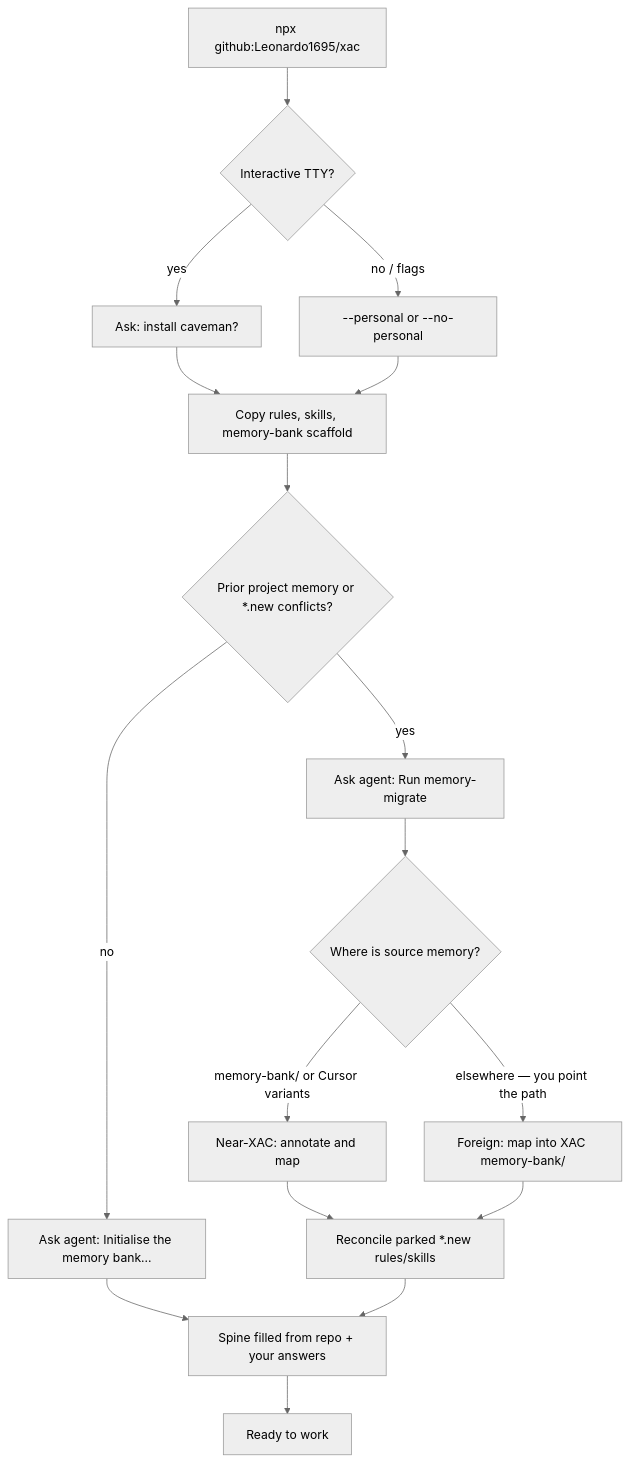
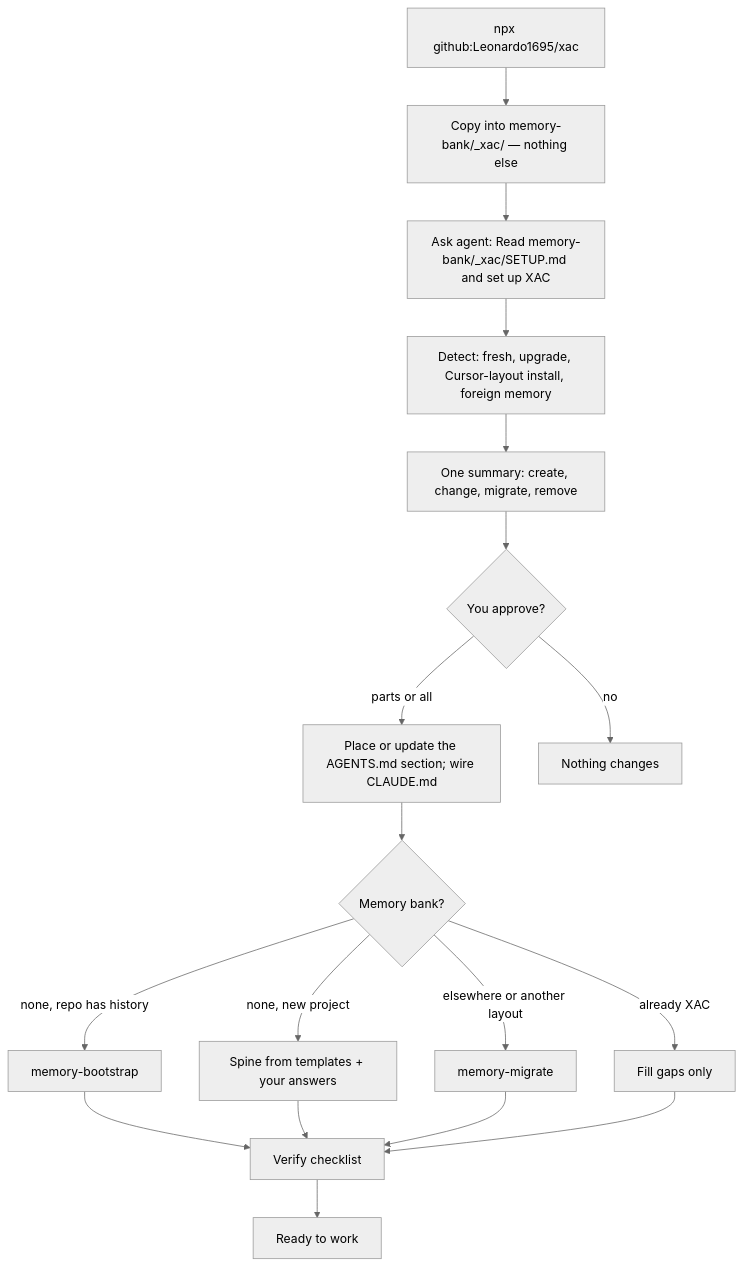
The first of 3 diagrams in README.md (Leonardo1695/xac), drawn with Mermaid (neutral theme) before and after one commit. The commit also changed other lines of this file and 76 other files, not shown here.

First line of the commit message:
move XAC into memory-bank/_xac/ and drive it from AGENTS.md

````diff
--- a/README.md
+++ b/README.md
@@ -119,19 +105,20 @@
 ```mermaid
 flowchart TD
-  A[npx github:Leonardo1695/xac] --> B{Interactive TTY?}
-  B -->|yes| C[Ask: install caveman?]
-  B -->|no / flags| D[--personal or --no-personal]
-  C --> E[Copy rules, skills, memory-bank scaffold]
-  D --> E
-  E --> F{Prior project memory or *.new conflicts?}
-  F -->|no| G[Ask agent: Initialise the memory bank…]
-  F -->|yes| H[Ask agent: Run memory-migrate]
-  H --> I{Where is source memory?}
-  I -->|memory-bank/ or Cursor variants| J[Near-XAC: annotate and map]
-  I -->|elsewhere — you point the path| K[Foreign: map into XAC memory-bank/]
-  J --> L[Reconcile parked *.new rules/skills]
-  K --> L
-  G --> M[Spine filled from repo + your answers]
+  A[npx github:Leonardo1695/xac] --> B[Copy into memory-bank/_xac/ — nothing else]
+  B --> C[Ask agent: Read memory-bank/_xac/SETUP.md and set up XAC]
+  C --> D[Detect: fresh, upgrade, Cursor-layout install, foreign memory]
+  D --> E[One summary: create, change, migrate, remove]
+  E --> F{You approve?}
+  F -->|parts or all| G[Place or update the AGENTS.md section; wire CLAUDE.md]
+  F -->|no| X[Nothing changes]
+  G --> H{Memory bank?}
+  H -->|none, repo has history| I[memory-bootstrap]
+  H -->|none, new project| J[Spine from templates + your answers]
+  H -->|elsewhere or another layout| K[memory-migrate]
+  H -->|already XAC| L[Fill gaps only]
+  I --> M[Verify checklist]
+  J --> M
+  K --> M
   L --> M
   M --> N[Ready to work]
 ```
````
